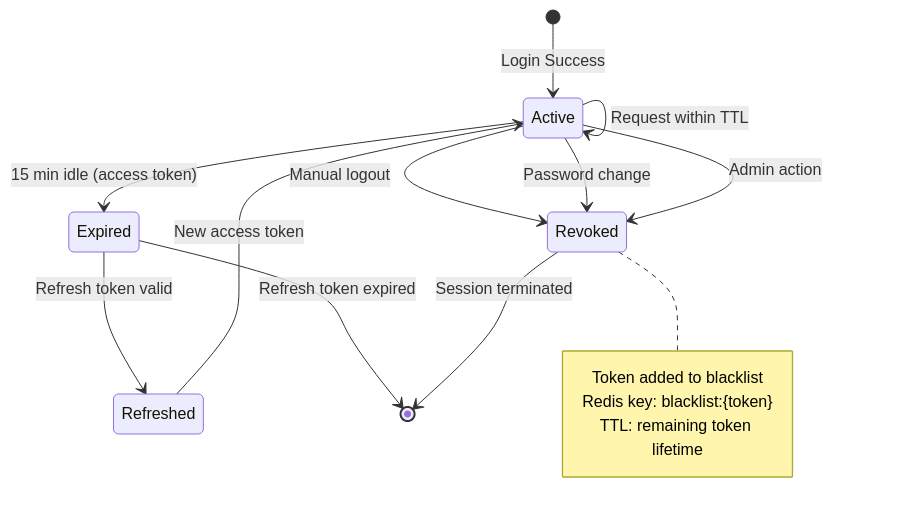
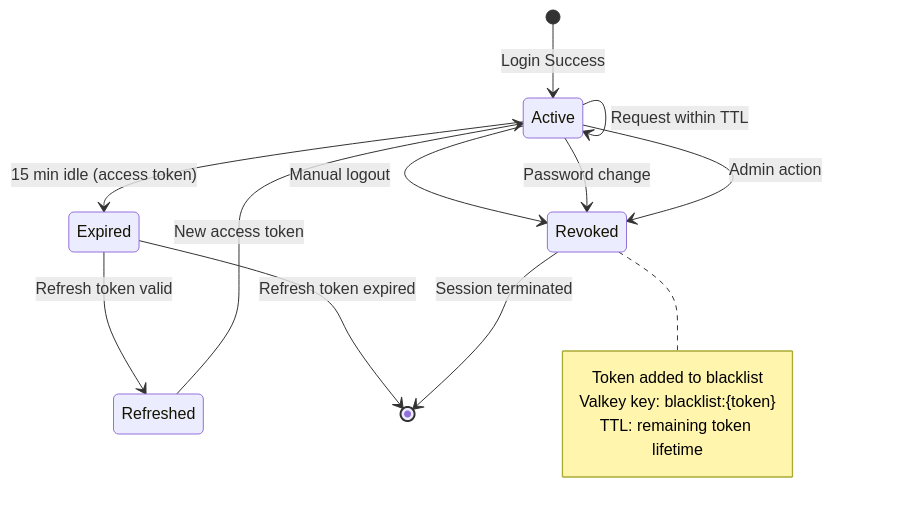
Before and after one commit to telemetryflow/telemetryflow-overview: diagram 25 of 25 in architecture/04-SECURITY.md, drawn with Mermaid. The commit also changed other lines of this file and 23 other files, not shown here.

First line of the commit message:
docs: relabel Redis->Valkey in architecture/diagrams/prose (follow-up sweep)

````diff
--- a/architecture/04-SECURITY.md
+++ b/architecture/04-SECURITY.md
@@ -889,22 +889,22 @@
 ```mermaid
 stateDiagram-v2
     [*] --> Active: Login Success
 
     Active --> Active: Request within TTL
     Active --> Expired: 15 min idle (access token)
     Active --> Revoked: Manual logout
     Active --> Revoked: Password change
     Active --> Revoked: Admin action
 
     Expired --> Refreshed: Refresh token valid
     Refreshed --> Active: New access token
 
     Expired --> [*]: Refresh token expired
     Revoked --> [*]: Session terminated
 
     note right of Revoked
         Token added to blacklist
-        Redis key: blacklist:{token}
+        Valkey key: blacklist:{token}
         TTL: remaining token lifetime
     end note
 ```
````
